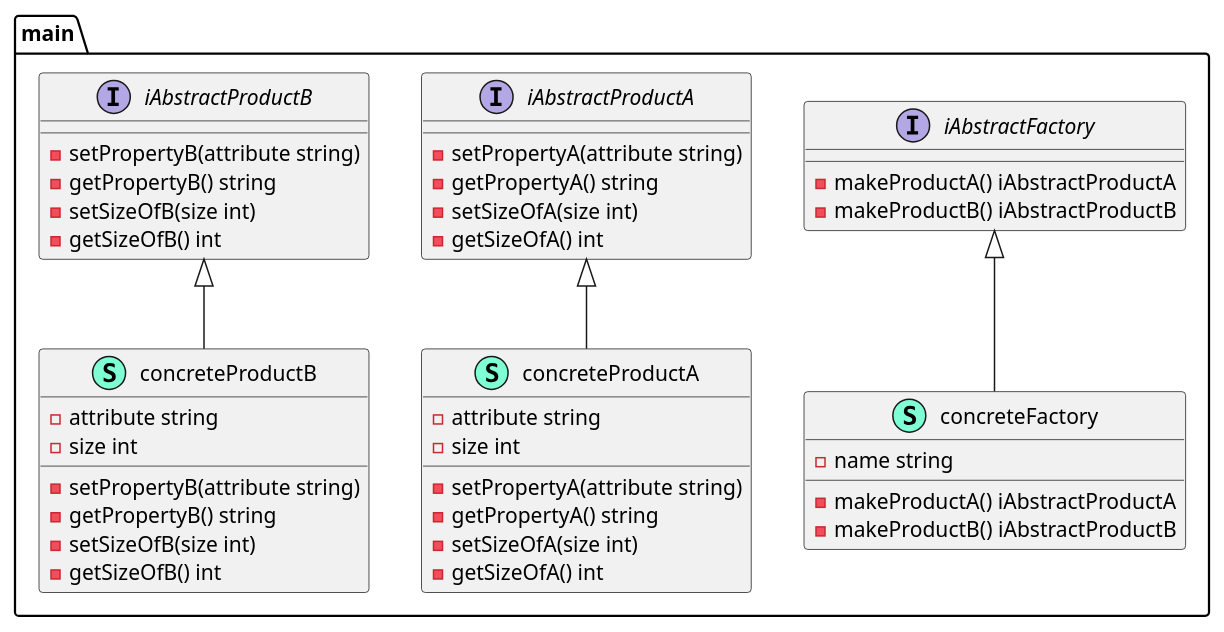
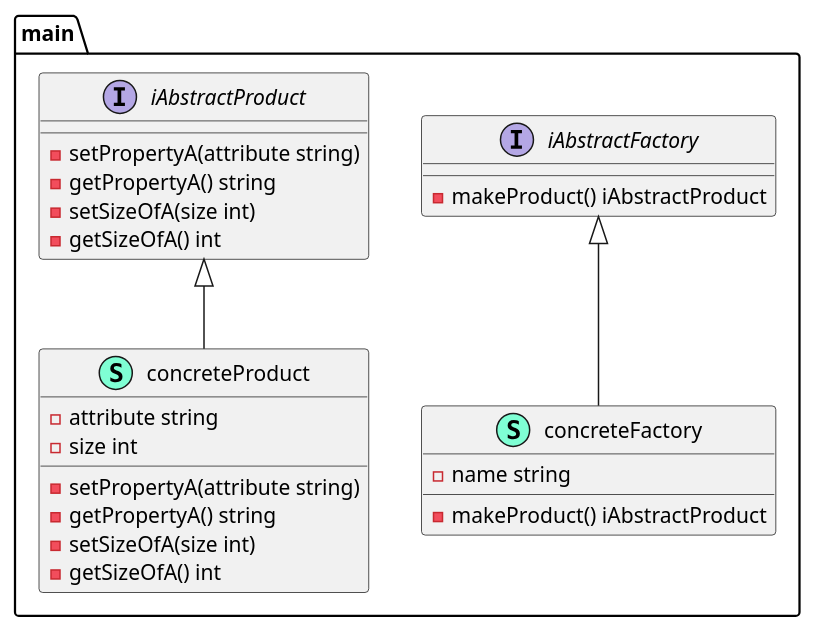
The diagram in abstract-factory.puml (cloudemprise/go-dsgn-pttrn-abstract-factory), drawn with PlantUML before and after one commit. The commit also changed 1 other file, not shown here.

Commit message:
Removed multiple products. Only a single abstraction for factory product.

```diff
--- a/abstract-factory.puml
+++ b/abstract-factory.puml
@@ -1,55 +1,35 @@
 @startuml
 namespace main {
     class concreteFactory << (S,Aquamarine) >> {
         - name string
 
-        - makeProductA() iAbstractProductA
-        - makeProductB() iAbstractProductB
+        - makeProduct() iAbstractProduct
 
     }
-    class concreteProductA << (S,Aquamarine) >> {
+    class concreteProduct << (S,Aquamarine) >> {
         - attribute string
         - size int
 
         - setPropertyA(attribute string) 
         - getPropertyA() string
         - setSizeOfA(size int) 
         - getSizeOfA() int
 
     }
-    class concreteProductB << (S,Aquamarine) >> {
-        - attribute string
-        - size int
-
-        - setPropertyB(attribute string) 
-        - getPropertyB() string
-        - setSizeOfB(size int) 
-        - getSizeOfB() int
+    interface iAbstractFactory  {
+        - makeProduct() iAbstractProduct
 
     }
-    interface iAbstractFactory  {
-        - makeProductA() iAbstractProductA
-        - makeProductB() iAbstractProductB
-
-    }
-    interface iAbstractProductA  {
+    interface iAbstractProduct  {
         - setPropertyA(attribute string) 
         - getPropertyA() string
         - setSizeOfA(size int) 
         - getSizeOfA() int
 
     }
-    interface iAbstractProductB  {
-        - setPropertyB(attribute string) 
-        - getPropertyB() string
-        - setSizeOfB(size int) 
-        - getSizeOfB() int
-
-    }
 }
 
 "main.iAbstractFactory" <|-- "main.concreteFactory"
-"main.iAbstractProductA" <|-- "main.concreteProductA"
-"main.iAbstractProductB" <|-- "main.concreteProductB"
+"main.iAbstractProduct" <|-- "main.concreteProduct"
 
 @enduml
```
